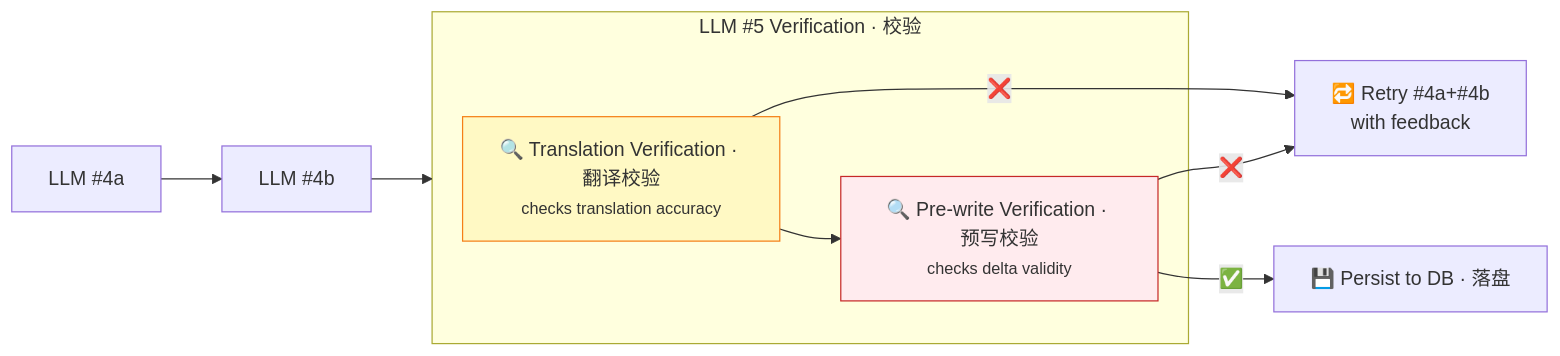
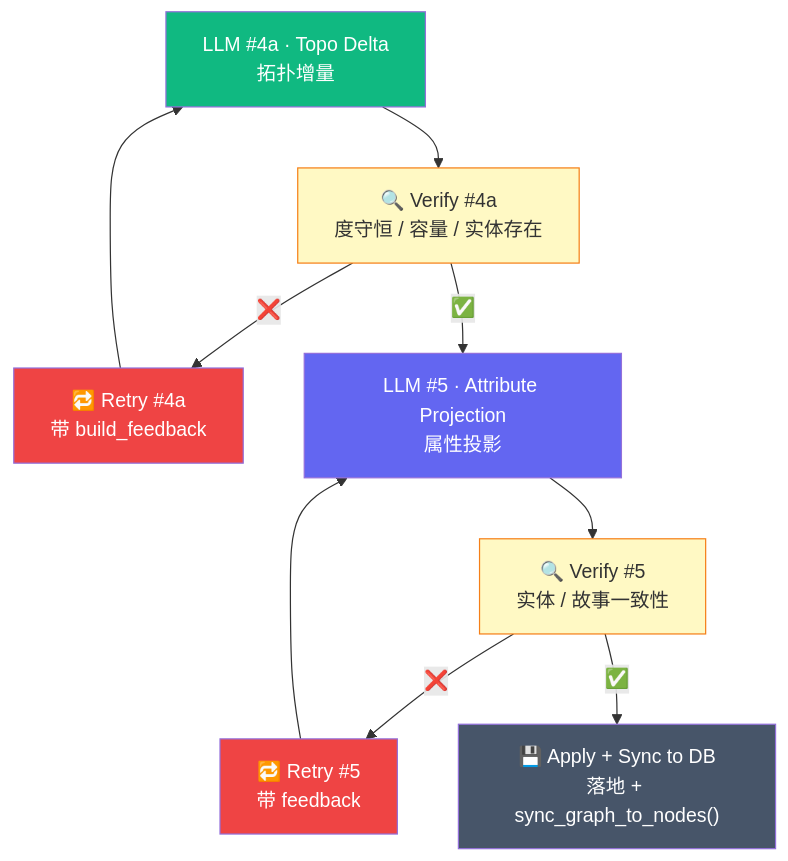
One commit to Asher0501/AgentWorld changed the third of 4 diagrams in README.md. Above: the diagram before and after it, drawn with Mermaid. The commit also changed other lines of this file and 2 other files, not shown here.

First line of the commit message:
docs: update architecture documentation to reflect component-first pipeline

````diff
--- a/README.md
+++ b/README.md
@@ -235,16 +231,19 @@
 ```mermaid
-flowchart LR
-    subgraph V["LLM #5 Verification · 校验"]
-        TV["🔍 Translation Verification · 翻译校验<br/><small>checks translation accuracy</small>"]
-        PV["🔍 Pre-write Verification · 预写校验<br/><small>checks delta validity</small>"]
-    end
+flowchart TD
+    L4A["LLM #4a · Topo Delta<br/>拓扑增量"] --> V4["🔍 Verify #4a<br/>度守恒 / 容量 / 实体存在"]
+    V4 -->|"❌"| RET4["🔁 Retry #4a<br/>带 build_feedback"]
+    RET4 --> L4A
+    V4 -->|"✅"| L5["LLM #5 · Attribute Projection<br/>属性投影"]
+    L5 --> V5["🔍 Verify #5<br/>实体 / 故事一致性"]
+    V5 -->|"❌"| RET5["🔁 Retry #5<br/>带 feedback"]
+    RET5 --> L5
+    V5 -->|"✅"| PERSIST["💾 Apply + Sync to DB<br/>落地 + sync_graph_to_nodes()"]
 
-    L4A["LLM #4a"] --> L4B["LLM #4b"] --> V
-    TV -->|"❌"| RET["🔁 Retry #4a+#4b<br/>with feedback"]
-    PV -->|"❌"| RET
-    PV -->|"✅"| PERSIST["💾 Persist to DB · 落盘"]
-    TV --> PV
-
-    style TV fill:#fff9c4,stroke:#f57f17
-    style PV fill:#ffebee,stroke:#c62828
+    style L4A fill:#10b981,color:#fff
+    style V4 fill:#fff9c4,stroke:#f57f17
+    style RET4 fill:#ef4444,color:#fff
+    style L5 fill:#6366f1,color:#fff
+    style V5 fill:#fff9c4,stroke:#f57f17
+    style RET5 fill:#ef4444,color:#fff
+    style PERSIST fill:#475569,color:#fff
 ```
````
